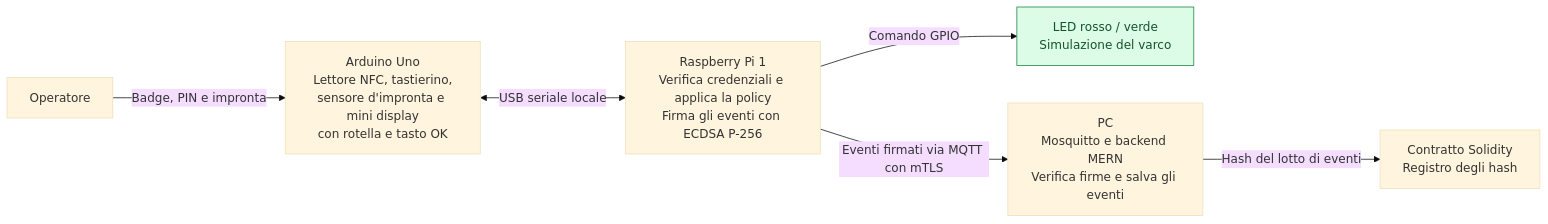
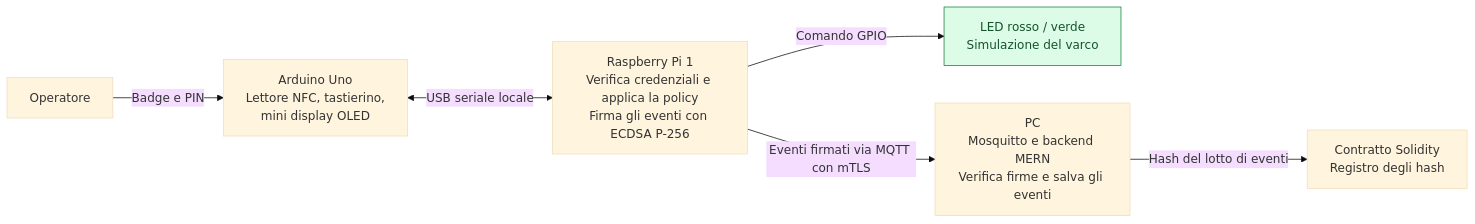
One commit to Enrico39/Data-Security-and-IoT-Security-Project changed the diagram in architecture_guidelines.md. Above: the diagram before and after it, drawn with Mermaid (base theme). The commit also changed other lines of this file and 12 other files, not shown here.

First line of the commit message:
Aggiungi prototipo terminale badge e PIN

````diff
--- a/architecture_guidelines.md
+++ b/architecture_guidelines.md
@@ -5,10 +7,10 @@
 ```mermaid
 flowchart LR
-    U["Operatore"] -->|"Badge, PIN e impronta"| A["Arduino Uno<br/>Lettore NFC, tastierino,<br/>sensore d'impronta e mini display<br/>con rotella e tasto OK"]
+    U["Operatore"] -->|"Badge e PIN"| A["Arduino Uno<br/>Lettore NFC, tastierino,<br/>mini display OLED"]
     A <-->|"USB seriale locale"| P["Raspberry Pi 1<br/>Verifica credenziali e applica la policy<br/>Firma gli eventi con ECDSA P-256"]
     P -->|"Comando GPIO"| L["LED rosso / verde<br/>Simulazione del varco"]
     P -->|"Eventi firmati via MQTT con mTLS"| B["PC<br/>Mosquitto e backend MERN<br/>Verifica firme e salva gli eventi"]
     B -->|"Hash del lotto di eventi"| C["Contratto Solidity<br/>Registro degli hash"]
 
     style L fill:#dcfce7,stroke:#15803d,color:#14532d
 ```
````
